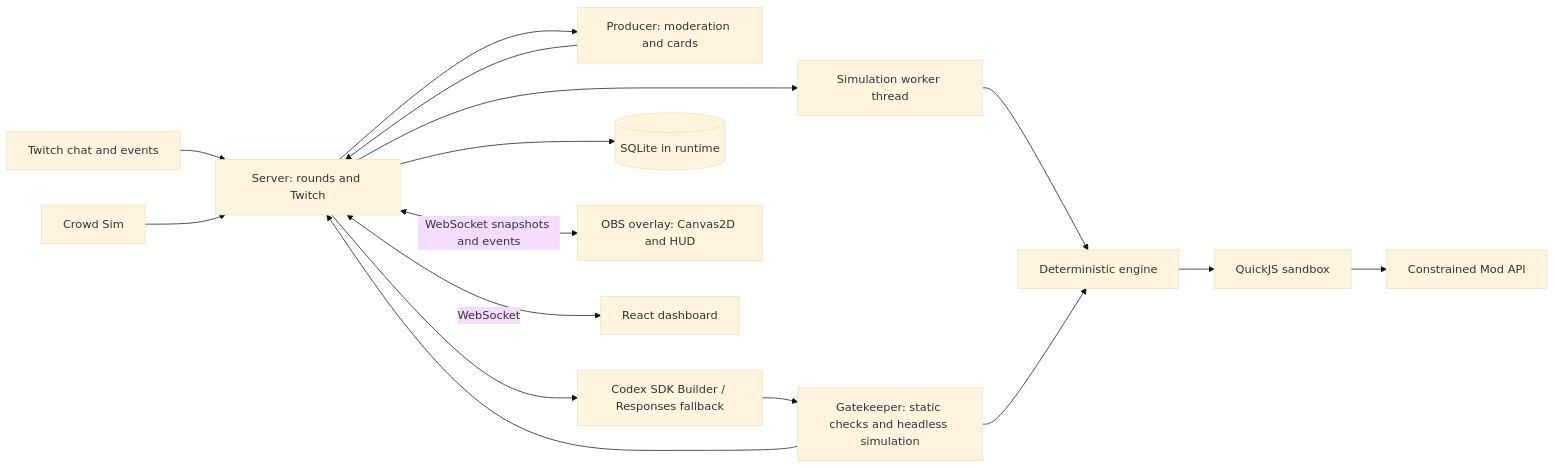
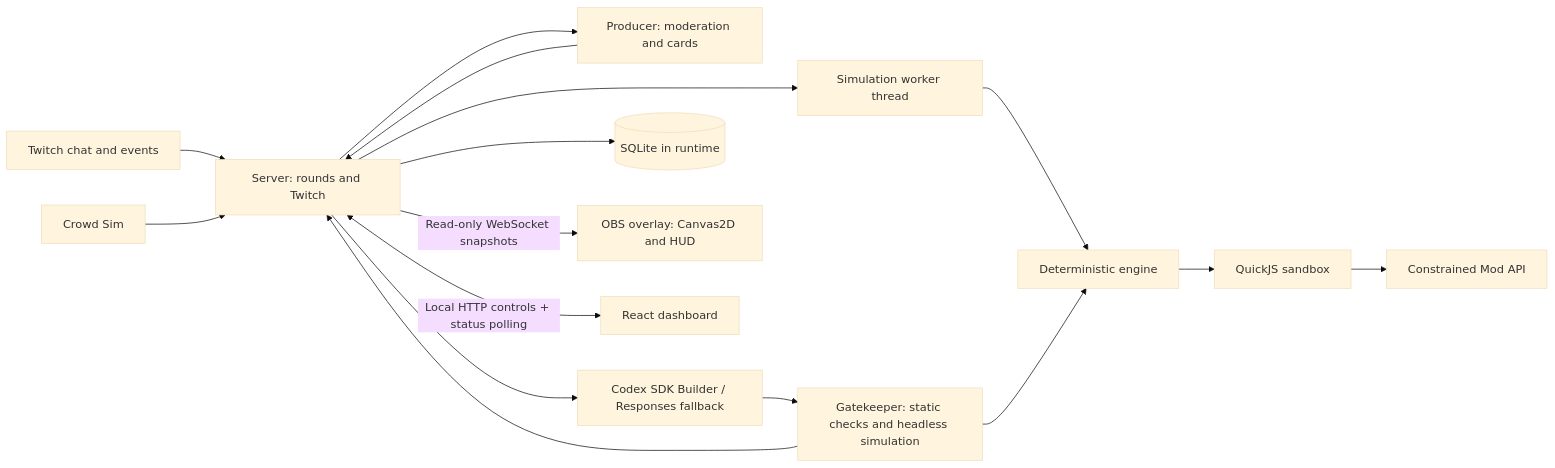
One commit to vansyson1308/chatforge changed the first of 3 diagrams in docs/ARCHITECTURE.md. Above: the diagram before and after it, drawn with Mermaid (base theme). The commit also changed other lines of this file and 33 other files, not shown here.

````diff
--- a/docs/ARCHITECTURE.md
+++ b/docs/ARCHITECTURE.md
@@ -16,18 +16,18 @@
 ```mermaid
 flowchart LR
   Chat[Twitch chat and events] --> Server[Server: rounds and Twitch]
   Sim[Crowd Sim] --> Server
   Server --> Producer[Producer: moderation and cards]
   Producer --> Server
   Server --> Builder[Codex SDK Builder / Responses fallback]
   Builder --> Gate[Gatekeeper: static checks and headless simulation]
   Gate --> Server
   Server --> DB[(SQLite in runtime)]
-  Server <-->|WebSocket snapshots and events| Overlay[OBS overlay: Canvas2D and HUD]
-  Server <-->|WebSocket| Dashboard[React dashboard]
+  Server -->|Read-only WebSocket snapshots| Overlay[OBS overlay: Canvas2D and HUD]
+  Server <-->|Local HTTP controls + status polling| Dashboard[React dashboard]
   Server --> Worker[Simulation worker thread]
   Worker --> Engine[Deterministic engine]
   Gate --> Engine
   Engine --> Sandbox[QuickJS sandbox]
   Sandbox --> API[Constrained Mod API]
 ```
````
